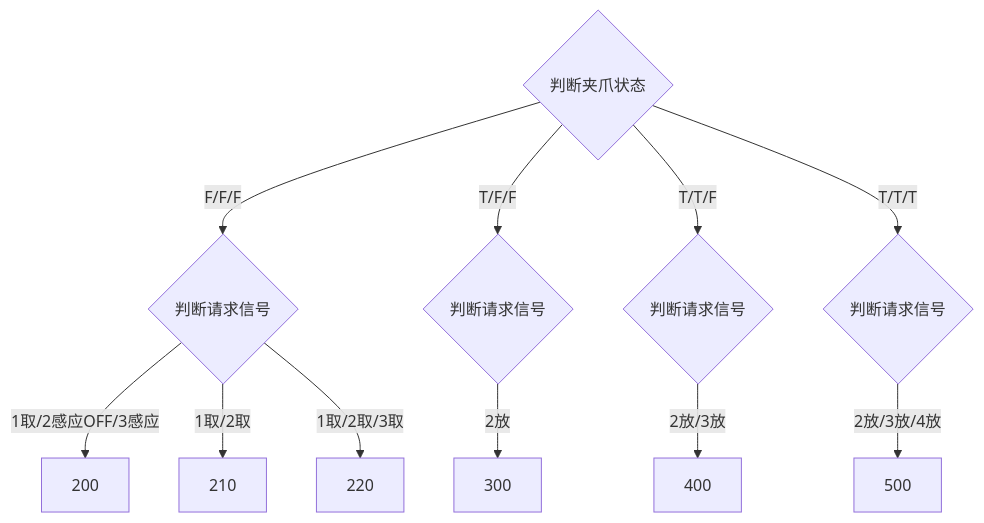
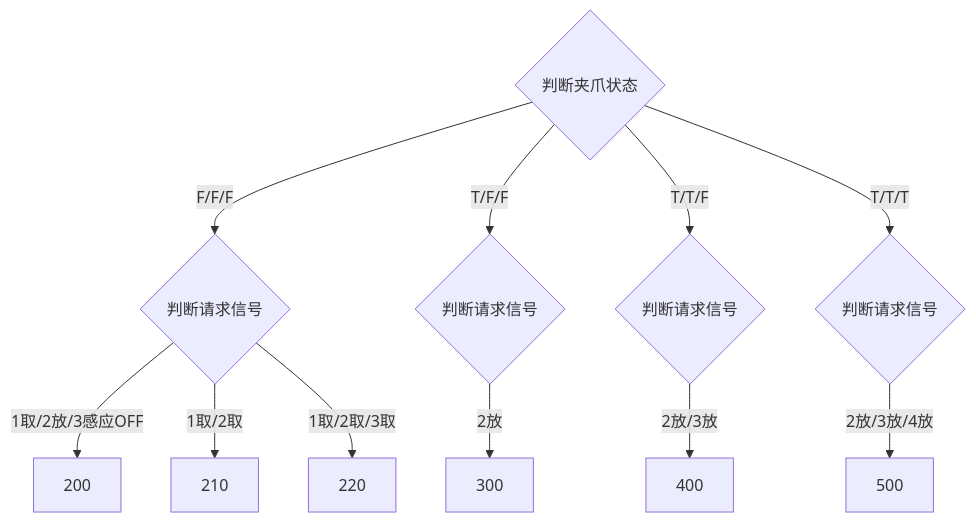
Before and after one commit to zmq000/iodraw-files: the diagram in all/未命名.md, drawn with Mermaid.

Commit message:
2026-06-18 11:55:26 update

````diff
--- a/all/未命名.md
+++ b/all/未命名.md
@@ -1,14 +1,14 @@
 ```mermaid
 graph TD
 10{判断夹爪状态}-->|F/F/F|20
 10-->|T/F/F|30
 10-->|T/T/F|40
 10-->|T/T/T|50
 
-20{判断请求信号}-->|1取/2感应OFF/3感应|200
+20{判断请求信号}-->|1取/2放/3感应OFF|200
 20-->|1取/2取|210
 20-->|1取/2取/3取|220
 30{判断请求信号}-->|2放|300
 40{判断请求信号}-->|2放/3放|400
 50{判断请求信号}-->|2放/3放/4放|500
 ```
````
